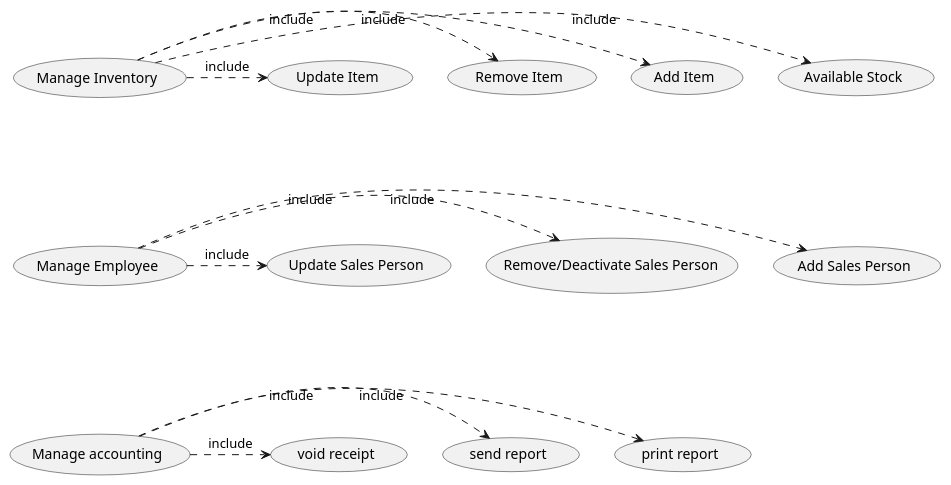
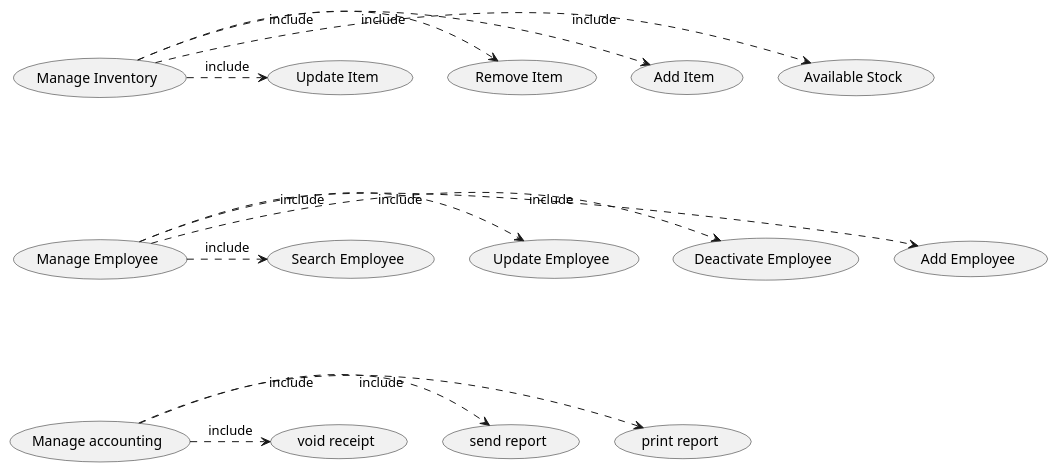
Before and after one commit to zitabou/EZShop: the third of 5 diagrams in Deliverables/RequirementsDocument.md, drawn with PlantUML.

Commit message:
Update Use case diagram

````diff
--- a/Deliverables/RequirementsDocument.md
+++ b/Deliverables/RequirementsDocument.md
@@ -286,19 +286,20 @@
 ```plantuml
 @startuml
 (Manage Inventory) .> (Available Stock) :include
 (Manage Inventory) .> (Add Item) :include
 (Manage Inventory) .> (Remove Item) :include
 (Manage Inventory) .> (Update Item) :include
 
 (Manage Employee) -[hidden]up-- (Manage Inventory)
-(Manage Employee) .> (Add Sales Person) :include
-(Manage Employee) .> (Remove/Deactivate Sales Person) :include
-(Manage Employee) .> (Update Sales Person) :include
+(Manage Employee) .> (Add Employee) :include
+(Manage Employee) .> (Deactivate Employee) :include
+(Manage Employee) .> (Update Employee) :include
+(Manage Employee) .> (Search Employee) :include
 
 (Manage accounting) -[hidden]up-- (Manage Employee)
 (Manage accounting) .> (print report) :include
 (Manage accounting) .> (send report) :include
 (Manage accounting) .> (void receipt) :include
 
 @enduml
 ```
````
